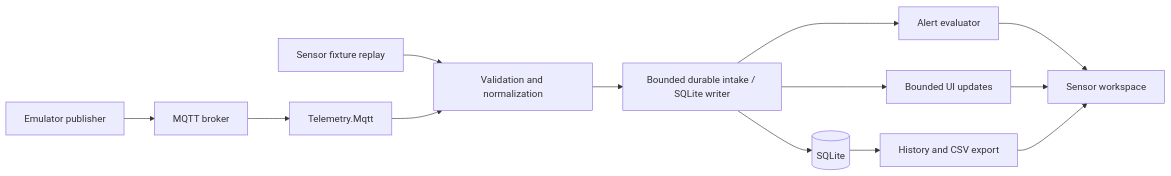
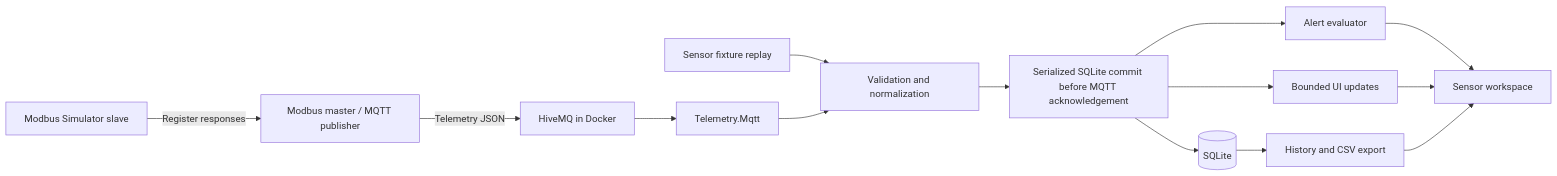
Before and after one commit to samuelcychan/dotnet-websocket-form: the diagram in PLAN.md, drawn with Mermaid. The commit also changed other lines of this file and 28 other files, not shown here.

Commit message:
Add MQTT Modbus telemetry workspace

````diff
--- a/PLAN.md
+++ b/PLAN.md
@@ -38,15 +50,16 @@
 ```mermaid
 flowchart LR
-    Emulator[Emulator publisher] --> Broker[MQTT broker]
+    Simulator[Modbus Simulator slave] -->|Register responses| Bridge[Modbus master / MQTT publisher]
+    Bridge -->|Telemetry JSON| Broker[HiveMQ in Docker]
     Broker --> MQTT[Telemetry.Mqtt]
     Fixture[Sensor fixture replay] --> Normalize[Validation and normalization]
     MQTT --> Normalize
-    Normalize --> Writer[Bounded durable intake / SQLite writer]
+    Normalize --> Writer[Serialized SQLite commit before MQTT acknowledgement]
     Writer --> DB[(SQLite)]
     Writer --> Alerts[Alert evaluator]
     Writer --> Display[Bounded UI updates]
     DB --> History[History and CSV export]
     Alerts --> UI[Sensor workspace]
     Display --> UI
     History --> UI
 ```
````
